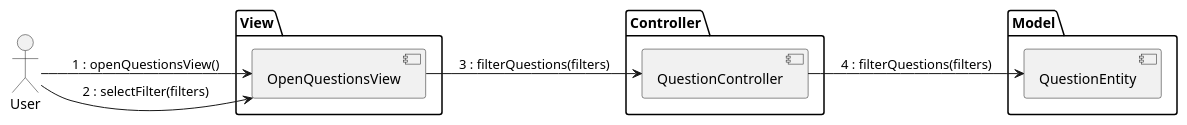
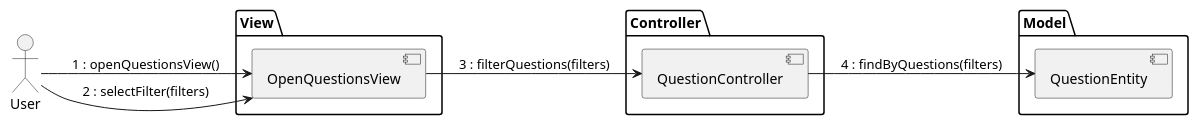
The diagram in src/main/resources/templates/logic/useCasesAnalysis/filterQuestionsAnalysis.puml (rafaelacirino/miw-backend-foro), drawn with PlantUML before and after one commit. The commit also changed 10 other files, not shown here.

Commit message:
update diagrams

```diff
--- a/src/main/resources/templates/logic/useCasesAnalysis/filterQuestionsAnalysis.puml
+++ b/src/main/resources/templates/logic/useCasesAnalysis/filterQuestionsAnalysis.puml
@@ -1,25 +1,25 @@
 @startuml
 
 left to right direction
 
 actor User
 
 package View {
     [OpenQuestionsView]
 }
 
 package Controller {
     [QuestionController]
 }
 
 package Model {
     [QuestionEntity]
 }
 
 User --> [OpenQuestionsView] : 1 : openQuestionsView()
 User --> [OpenQuestionsView] : 2 : selectFilter(filters)
 [OpenQuestionsView] --> [QuestionController] : 3 : filterQuestions(filters)
 
-[QuestionController] --> [QuestionEntity] : 4 : filterQuestions(filters)
+[QuestionController] --> [QuestionEntity] : 4 : findByQuestions(filters)
 
 @enduml
```
